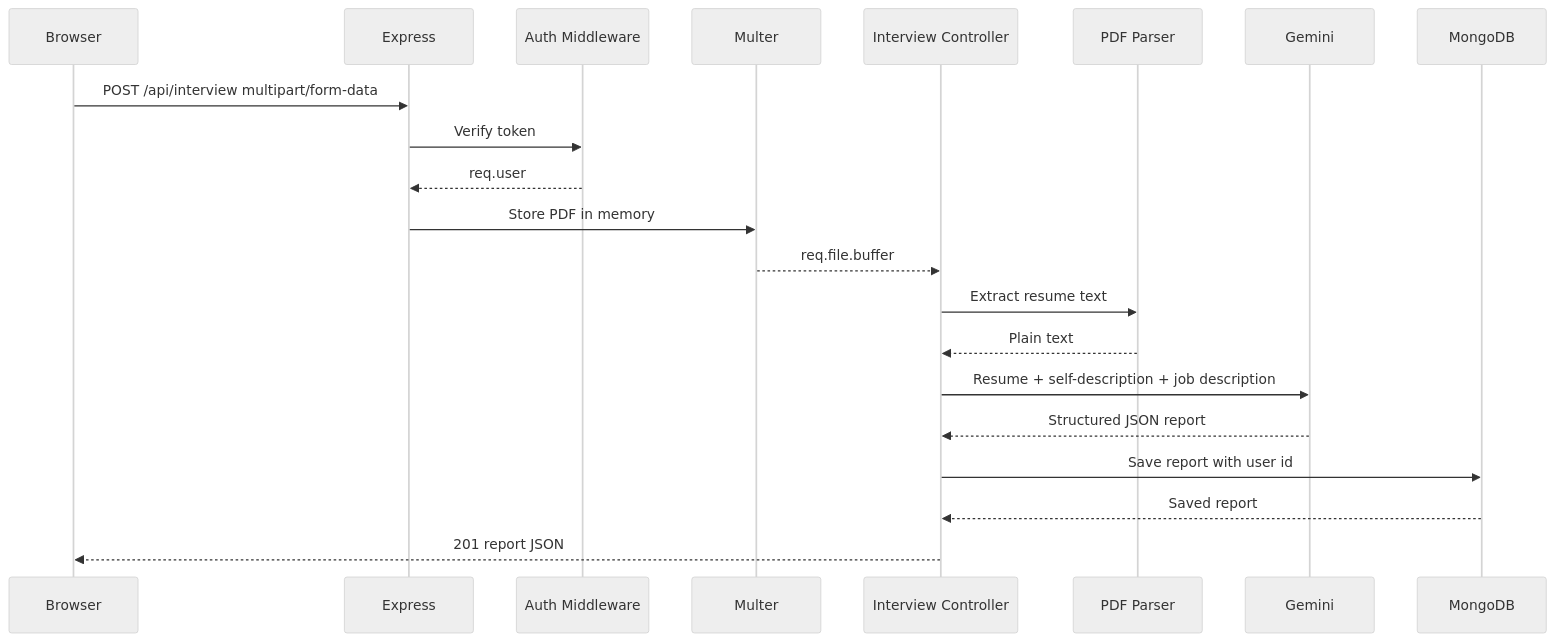
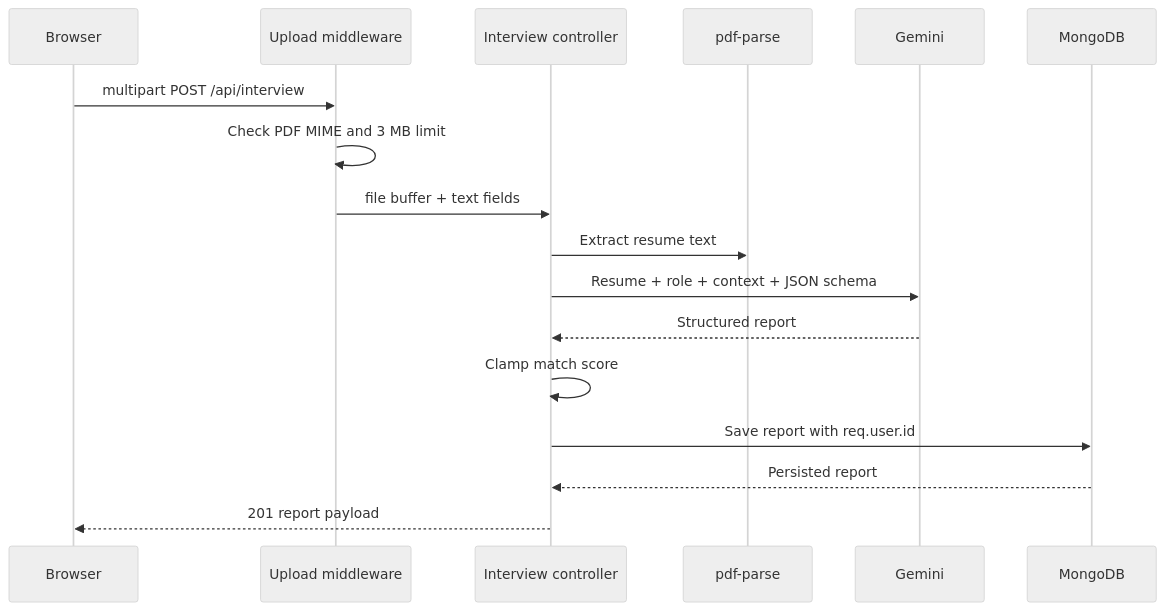
One commit to SonamNarula/hirelens-nexus changed the fifth of 8 diagrams in README.md. Above: the diagram before and after it, drawn with Mermaid (neutral theme). The commit also changed other lines of this file, not shown here.

First line of the commit message:
docs: add flagship HireLens architecture guide

````diff
--- a/README.md
+++ b/README.md
@@ -376,24 +337,20 @@
 ```mermaid
 sequenceDiagram
     participant B as Browser
-    participant E as Express
-    participant U as Auth Middleware
-    participant F as Multer
-    participant C as Interview Controller
-    participant P as PDF Parser
+    participant U as Upload middleware
+    participant C as Interview controller
+    participant P as pdf-parse
     participant G as Gemini
     participant DB as MongoDB
 
-    B->>E: POST /api/interview multipart/form-data
-    E->>U: Verify token
-    U-->>E: req.user
-    E->>F: Store PDF in memory
-    F-->>C: req.file.buffer
+    B->>U: multipart POST /api/interview
+    U->>U: Check PDF MIME and 3 MB limit
+    U->>C: file buffer + text fields
     C->>P: Extract resume text
-    P-->>C: Plain text
-    C->>G: Resume + self-description + job description
-    G-->>C: Structured JSON report
-    C->>DB: Save report with user id
-    DB-->>C: Saved report
-    C-->>B: 201 report JSON
+    C->>G: Resume + role + context + JSON schema
+    G-->>C: Structured report
+    C->>C: Clamp match score
+    C->>DB: Save report with req.user.id
+    DB-->>C: Persisted report
+    C-->>B: 201 report payload
 ```
````
